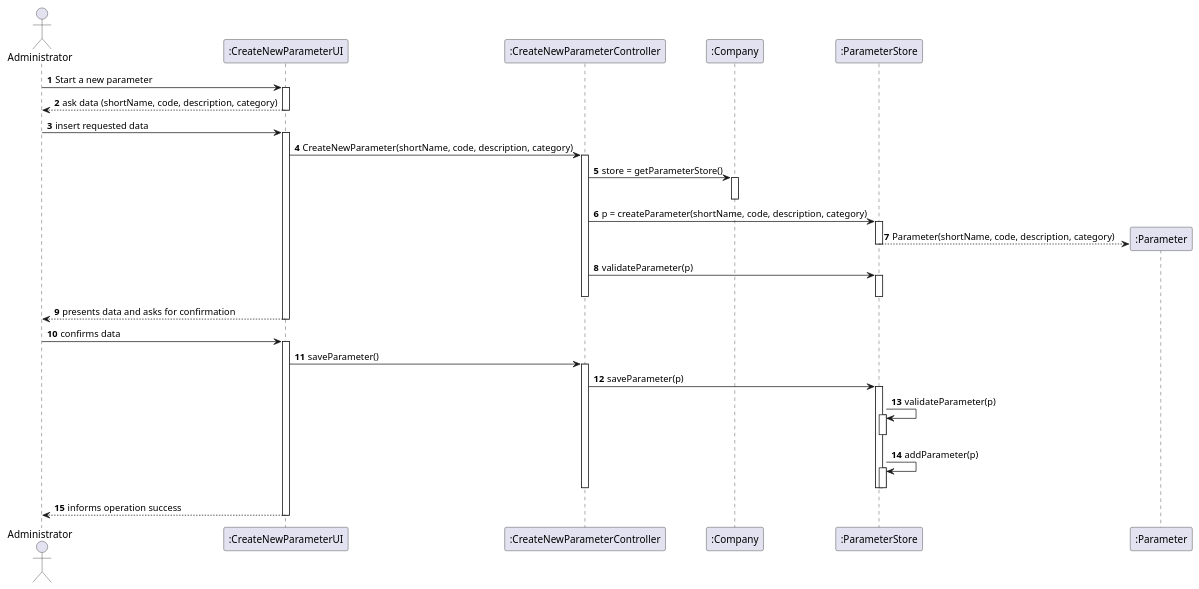
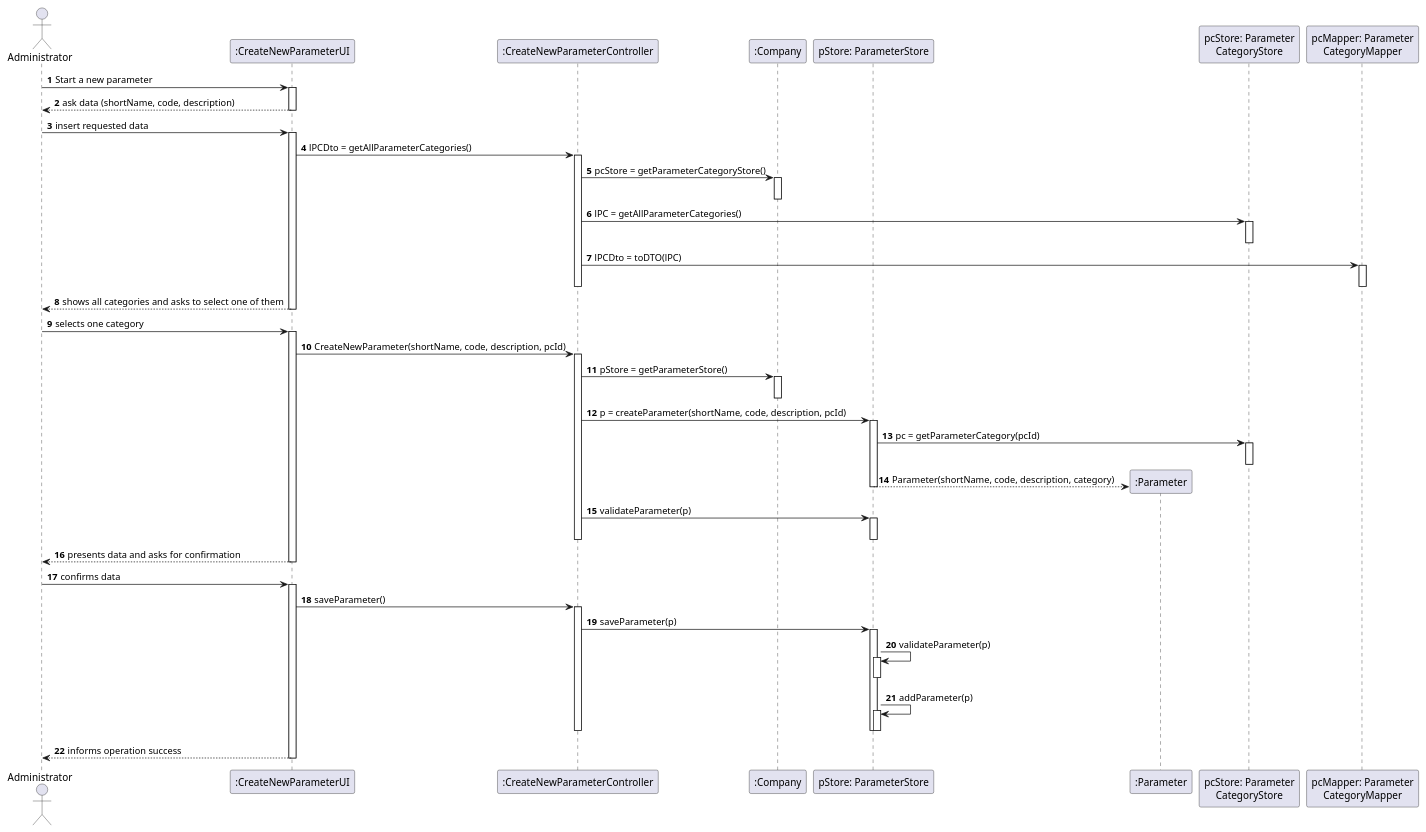
One commit to GuilhermeCunha79/lapr2 changed the diagram in docs/SprintC/US10/UC10_SD.puml. Above: the diagram before and after it, drawn with PlantUML. The commit also changed 22 other files, not shown here.

Commit message:
[US-10] Improvements to the US-10 documentation diagrams and code [US-11] Improvements to the US-11 documentation, diagrams and code [Fixes] Removed connection between UI and domain Layer in US-10 functionalities.

```diff
--- a/docs/SprintC/US10/UC10_SD.puml
+++ b/docs/SprintC/US10/UC10_SD.puml
@@ -1,52 +1,73 @@
 @startuml
 autonumber
 
 actor "Administrator" as ADMIN
 
 participant ":CreateNewParameterUI" as UI
 participant ":CreateNewParameterController" as CTRL
 participant ":Company" as COMP
-participant ":ParameterStore" as PS
+participant "pStore: ParameterStore" as PS
 participant ":Parameter" as P
+participant "pcStore: Parameter\nCategoryStore" as PCS
+participant "pcMapper: Parameter\nCategoryMapper" as PCM
 
 
 
 ADMIN -> UI : Start a new parameter
 activate UI
-UI --> ADMIN : ask data (shortName, code, description, category)
+UI --> ADMIN : ask data (shortName, code, description)
 deactivate UI
 ADMIN -> UI : insert requested data
 activate UI
-    UI -> CTRL : CreateNewParameter(shortName, code, description, category)
+UI -> CTRL : lPCDto = getAllParameterCategories()
     activate CTRL
-        CTRL -> COMP : store = getParameterStore()
+        CTRL -> COMP : pcStore = getParameterCategoryStore()
         activate COMP
         deactivate COMP
-        CTRL -> PS : p = createParameter(shortName, code, description, category)
+        CTRL -> PCS : lPC = getAllParameterCategories()
+        activate PCS
+        deactivate PCS
+        CTRL -> PCM : lPCDto = toDTO(lPC)
+        activate PCM
+        deactivate PCM
+    deactivate CTRL
+UI --> ADMIN : shows all categories and asks to select one of them
+deactivate UI
+ADMIN -> UI : selects one category
+activate UI
+    UI -> CTRL : CreateNewParameter(shortName, code, description, pcId)
+    activate CTRL
+        CTRL -> COMP : pStore = getParameterStore()
+        activate COMP
+        deactivate COMP
+        CTRL -> PS : p = createParameter(shortName, code, description, pcId)
         activate PS
+            PS -> PCS : pc = getParameterCategory(pcId)
+            activate PCS
+            deactivate PCS
             PS --> P** : Parameter(shortName, code, description, category)
         deactivate PS
         CTRL -> PS : validateParameter(p)
         activate PS
         deactivate PS
     deactivate CTRL
     UI --> ADMIN : presents data and asks for confirmation
 deactivate UI
 ADMIN -> UI : confirms data
 activate UI
     UI -> CTRL : saveParameter()
     activate CTRL
         CTRL -> PS : saveParameter(p)
         activate PS
             PS -> PS : validateParameter(p)
             activate PS
             deactivate PS
             PS -> PS : addParameter(p)
             activate PS
             deactivate PS
         deactivate PS
     deactivate CTRL
     UI --> ADMIN : informs operation success
 deactivate UI
 
 @enduml
```
